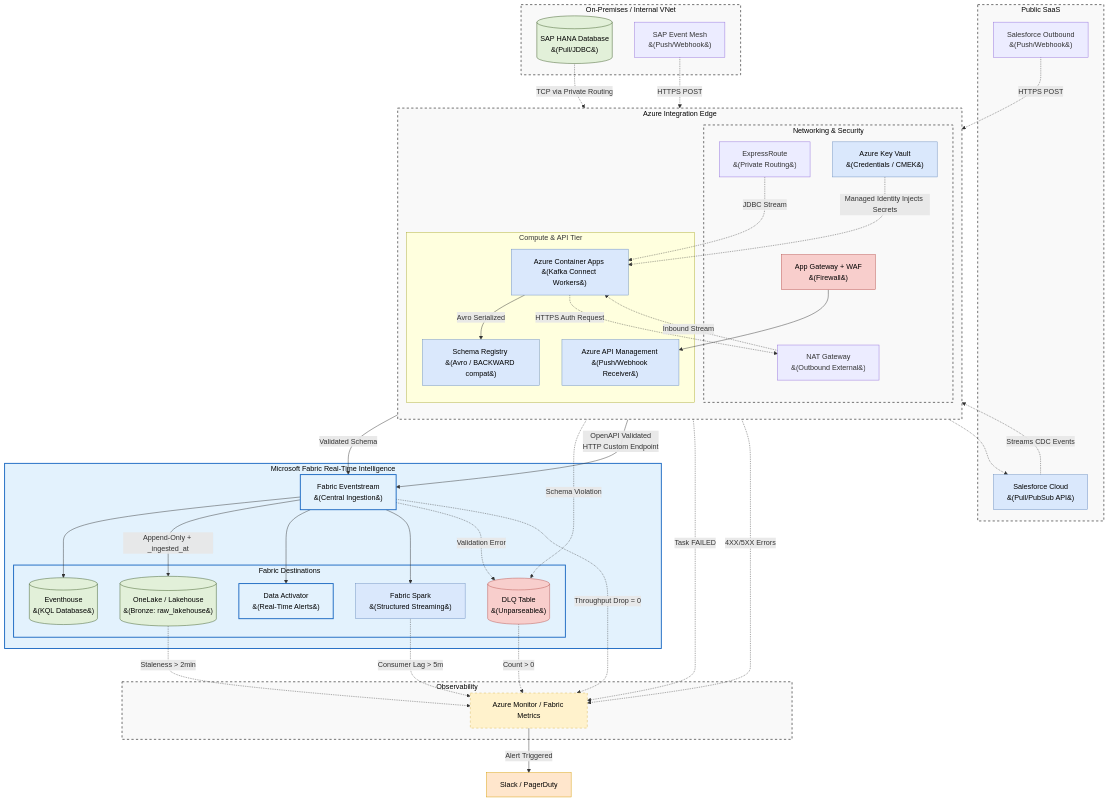
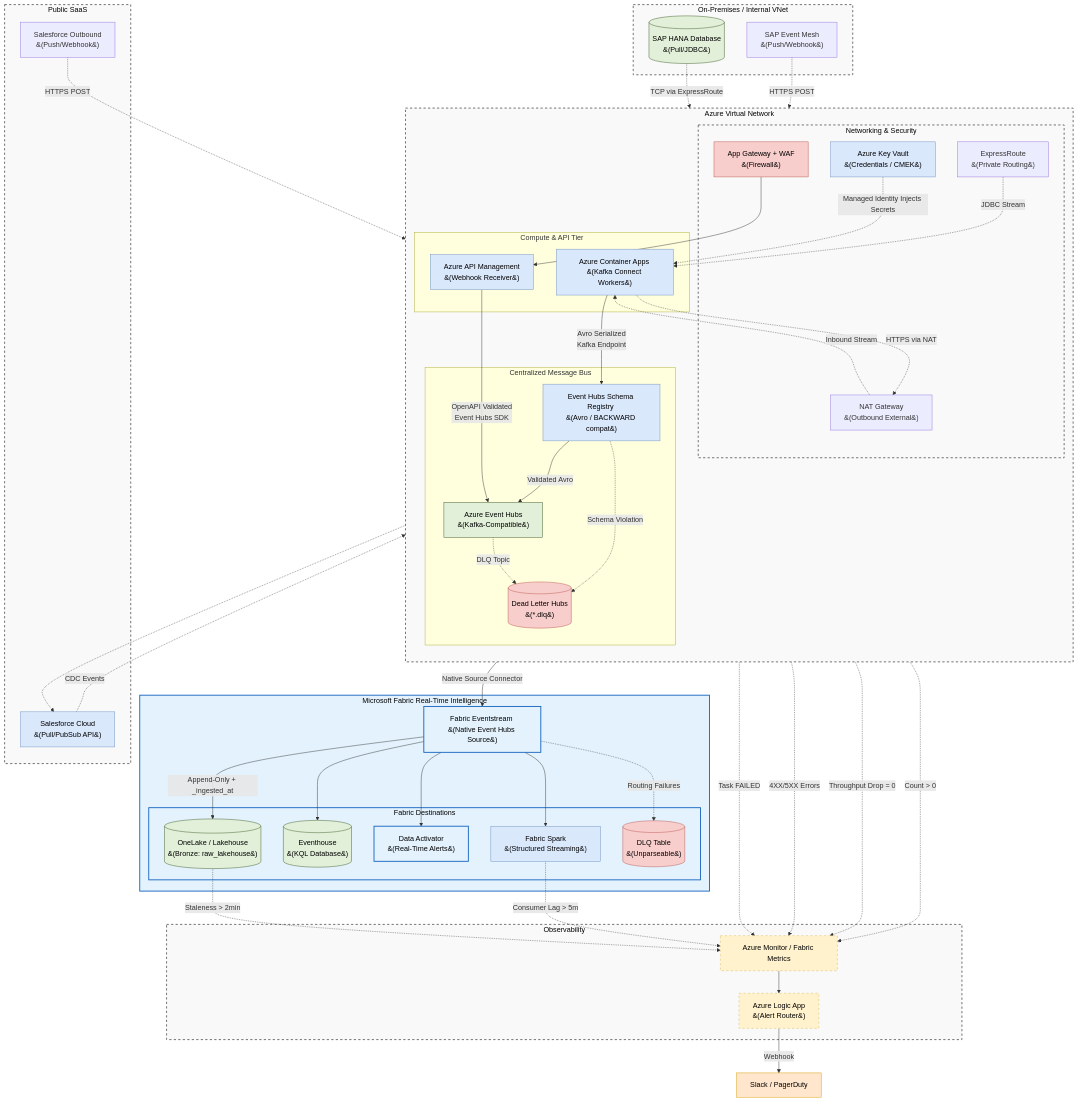
The diagram in azure/fabric_unified_realtime_ingestion_architecture.md (toanbui626391/data_architect), drawn with Mermaid before and after one commit. The commit also changed other lines of this file, not shown here.

Commit message:
use event hubs

````diff
--- a/azure/fabric_unified_realtime_ingestion_architecture.md
+++ b/azure/fabric_unified_realtime_ingestion_architecture.md
@@ -32,9 +38,9 @@
     end
 
     %% Azure VNet & Ingestion Edge
-    subgraph AzureEdge [Azure Integration Edge]
+    subgraph AzureVNet [Azure Virtual Network]
         direction TB
-        
+
         subgraph Networking [Networking & Security]
             ExpressRoute["ExpressRoute <br>&#40;Private Routing&#41;"]
             NATGW["NAT Gateway <br>&#40;Outbound External&#41;"]
@@ -44,70 +50,78 @@
 
         subgraph IngestionTier [Compute & API Tier]
             ACA["Azure Container Apps <br>&#40;Kafka Connect Workers&#41;"]
-            SchemaRegistry["Schema Registry <br>&#40;Avro / BACKWARD compat&#41;"]
-            APIM["Azure API Management <br>&#40;Push/Webhook Receiver&#41;"]
+            APIM["Azure API Management <br>&#40;Webhook Receiver&#41;"]
+        end
+
+        subgraph MessageBus [Centralized Message Bus]
+            EventHubs["Azure Event Hubs <br>&#40;Kafka-Compatible&#41;"]
+            SchemaRegistry["Event Hubs Schema Registry <br>&#40;Avro / BACKWARD compat&#41;"]
+            DLQHub[("Dead Letter Hubs <br>&#40;*.dlq&#41;")]
         end
     end
 
     %% Microsoft Fabric
     subgraph Fabric [Microsoft Fabric Real-Time Intelligence]
-        Eventstream["Fabric Eventstream <br>&#40;Central Ingestion&#41;"]
-        
+        Eventstream["Fabric Eventstream <br>&#40;Native Event Hubs Source&#41;"]
+
         subgraph Destinations [Fabric Destinations]
             Eventhouse[("Eventhouse <br>&#40;KQL Database&#41;")]
             Lakehouse[("OneLake / Lakehouse <br>&#40;Bronze: raw_lakehouse&#41;")]
             DataActivator["Data Activator <br>&#40;Real-Time Alerts&#41;"]
             FabricSpark["Fabric Spark <br>&#40;Structured Streaming&#41;"]
-            DLQ[("DLQ Table <br>&#40;Unparseable&#41;")]
+            DLQTable[("DLQ Table <br>&#40;Unparseable&#41;")]
         end
     end
 
-    %% Control Plane & Monitoring
+    %% Observability
     subgraph ControlPlane [Observability]
         AzureMonitor["Azure Monitor / Fabric Metrics"]
+        LogicApp["Azure Logic App <br>&#40;Alert Router&#41;"]
     end
 
-    %% Notification Target
     Notification["Slack / PagerDuty"]
 
-    %% Data Flow (Pull Approach via Kafka Connect on ACA)
-    SAPHana -.->|TCP via Private Routing| ExpressRoute
+    %% Pull Flow: ACA → Event Hubs
+    SAPHana -.->|TCP via ExpressRoute| ExpressRoute
     ExpressRoute -.->|JDBC Stream| ACA
-    
-    ACA -.->|HTTPS Auth Request| NATGW
+    ACA -.->|HTTPS via NAT| NATGW
     NATGW -.-> Salesforce
-    Salesforce -.->|Streams CDC Events| NATGW
+    Salesforce -.->|CDC Events| NATGW
     NATGW -.->|Inbound Stream| ACA
+    KeyVault -.->|Managed Identity Injects Secrets| ACA
 
-    KeyVault -.->|Managed Identity Injects Secrets| ACA
-    
-    %% Schema Registry Validation
-    ACA -->|Avro Serialized| SchemaRegistry
-    SchemaRegistry -->|Validated Schema| Eventstream
-    SchemaRegistry -.->|Schema Violation| DLQ
+    %% ACA → Schema Registry → Event Hubs
+    ACA -->|Avro Serialized <br>Kafka Endpoint| SchemaRegistry
+    SchemaRegistry -->|Validated Avro| EventHubs
+    SchemaRegistry -.->|Schema Violation| DLQHub
 
-    %% Data Flow (Push Approach via APIM)
+    %% Push Flow: APIM → Event Hubs
     SAPEventMesh -.->|HTTPS POST| AppGateway
     SFDCOutbound -.->|HTTPS POST| AppGateway
     AppGateway --> APIM
-    APIM -->|OpenAPI Validated <br>HTTP Custom Endpoint| Eventstream
-    
-    %% Routing in Fabric
+    APIM -->|OpenAPI Validated <br>Event Hubs SDK| EventHubs
+
+    %% Event Hubs → Fabric Eventstream (native connector)
+    EventHubs -->|Native Source Connector| Eventstream
+    EventHubs -.->|DLQ Topic| DLQHub
+
+    %% Routing inside Fabric
+    Eventstream -->|Append-Only + _ingested_at| Lakehouse
     Eventstream --> Eventhouse
-    Eventstream -->|Append-Only + _ingested_at| Lakehouse
     Eventstream --> DataActivator
     Eventstream --> FabricSpark
-    Eventstream -.->|Validation Error| DLQ
+    Eventstream -.->|Routing Failures| DLQTable
 
-    %% Monitoring Flow
+    %% Monitoring
     ACA -.->|Task FAILED| AzureMonitor
     APIM -.->|4XX/5XX Errors| AzureMonitor
-    Eventstream -.->|Throughput Drop = 0| AzureMonitor
+    EventHubs -.->|Throughput Drop = 0| AzureMonitor
     FabricSpark -.->|Consumer Lag > 5m| AzureMonitor
-    DLQ -.->|Count > 0| AzureMonitor
+    DLQHub -.->|Count > 0| AzureMonitor
     Lakehouse -.->|Staleness > 2min| AzureMonitor
-    
-    AzureMonitor -->|Alert Triggered| Notification
+
+    AzureMonitor --> LogicApp
+    LogicApp -->|Webhook| Notification
 
     %% Styling
     classDef storage fill:#e2f0d9,stroke:#385723,stroke-width:1px,color:#000;
@@ -118,13 +132,13 @@
     classDef alert fill:#ffe6cc,stroke:#d79b00,stroke-width:1px,color:#000;
     classDef fabric fill:#e3f2fd,stroke:#1565c0,stroke-width:2px,color:#000;
     classDef bad fill:#f8cecc,stroke:#b85450,stroke-width:1px,color:#000;
-    
-    class SAPHana,Eventhouse,Lakehouse storage;
+
+    class SAPHana,Eventhouse,Lakehouse,EventHubs storage;
     class Salesforce,ACA,APIM,KeyVault,FabricSpark,SchemaRegistry process;
-    class DLQ bad;
+    class DLQHub,DLQTable bad;
     class AppGateway edge;
-    class AzureMonitor monitor;
-    class AzureEdge,InternalEnv,SaaSEnv,Networking,ControlPlane network;
+    class AzureMonitor,LogicApp monitor;
+    class AzureVNet,InternalEnv,SaaSEnv,Networking,ControlPlane network;
     class Notification alert;
     class Eventstream,Fabric,Destinations,DataActivator fabric;
 ```
````
